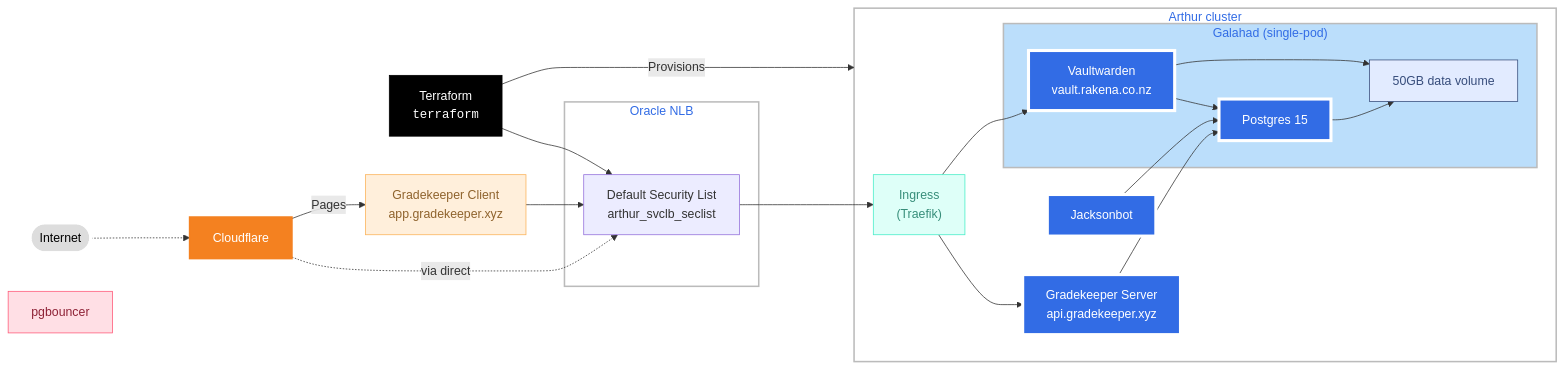
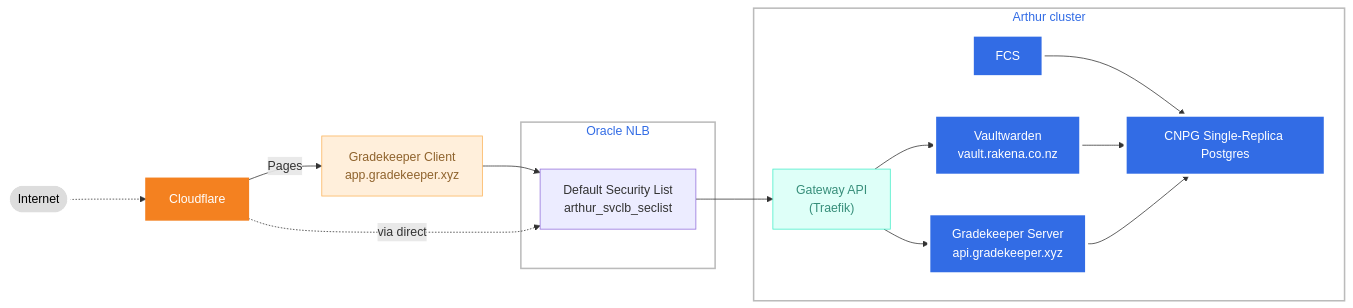
The diagram in README.md (jacksonrakena/infrastructure), drawn with Mermaid before and after one commit.

Commit message:
new diagram

````diff
--- a/README.md
+++ b/README.md
@@ -3,52 +3,41 @@
 ```mermaid
 flowchart LR
  subgraph cf_tls["Oracle NLB"]
         vsec["Default Security List<br>arthur_svclb_seclist"]
   end
- subgraph galahad["Galahad (single-pod)"]
+
+ subgraph cluster["Arthur cluster"]
+      pg["CNPG Single-Replica Postgres"]
+        ingress["Gateway API<br>(Traefik)"]
         vw["Vaultwarden<br>vault.rakena.co.nz"]
-        pg["Postgres 15"]
-        agd["50GB data volume"]
-  end
- subgraph cluster["Arthur cluster"]
-        ingress["Ingress<br>(Traefik)"]
         gk["Gradekeeper Server<br>api.gradekeeper.xyz"]
-        jb["Jacksonbot"]
-        galahad
+        fcs["FCS"]
   end
     client(["Internet"]) -..-> cf["Cloudflare"]
-    tfx["Terraform<br><code>terraform</code>"] -- Provisions --> cluster
-    tfx --> vsec
     gk_frontend["Gradekeeper Client<br>app.gradekeeper.xyz"] --> vsec
     cf -. via direct ..-> vsec
     vsec --> ingress
+    fcs --> pg
     ingress --> gk & vw
-    jb --> pg
-    vw --> pg & agd
-    pg --> agd
+    vw --> pg
     gk --> pg
     cf -- Pages --> gk_frontend
      vw:::k8s
      pg:::k8s
-     agd:::plain
-     agd:::Sky
      ingress:::Aqua
-     pgbouncer:::Rose
      gk:::k8s
-     jb:::k8s
+     fcs:::k8s
      client:::plain
      cf:::cloudflare
-     tfx:::Class_01
      cluster:::cluster
      gk_frontend:::Peach
     classDef plain fill:#ddd,stroke:#fff,stroke-width:4px,color:#000
     classDef k8s fill:#326ce5,stroke:#fff,stroke-width:4px,color:#fff
     classDef cluster fill:#fff,stroke:#bbb,stroke-width:2px,color:#326ce5
     classDef cloudflare fill:#F48120,stroke:#F48120,stroke-width:2px,color:white
     classDef Class_01 fill:#000000, color:#fff, stroke:#000000
     classDef Sky stroke-width:1px, stroke-dasharray:none, stroke:#374D7C, fill:#E2EBFF, color:#374D7C
     classDef Peach stroke-width:1px, stroke-dasharray:none, stroke:#FBB35A, fill:#FFEFDB, color:#8F632D
     classDef Aqua stroke-width:1px, stroke-dasharray:none, stroke:#46EDC8, fill:#DEFFF8, color:#378E7A
     classDef Rose stroke-width:1px, stroke-dasharray:none, stroke:#FF5978, fill:#FFDFE5, color:#8E2236
-    style galahad fill:#BBDEFB
 ```
````
